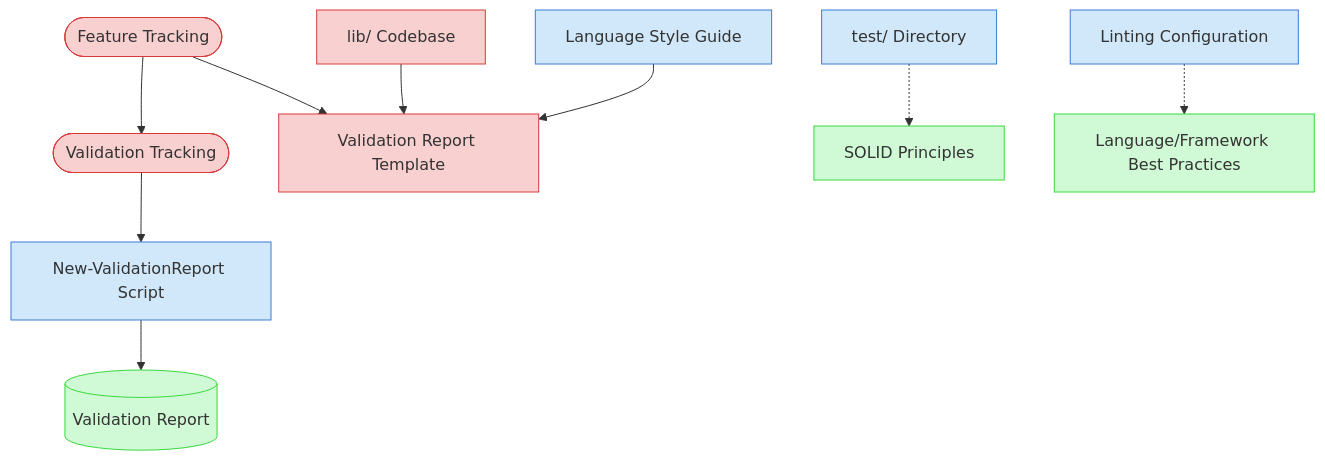
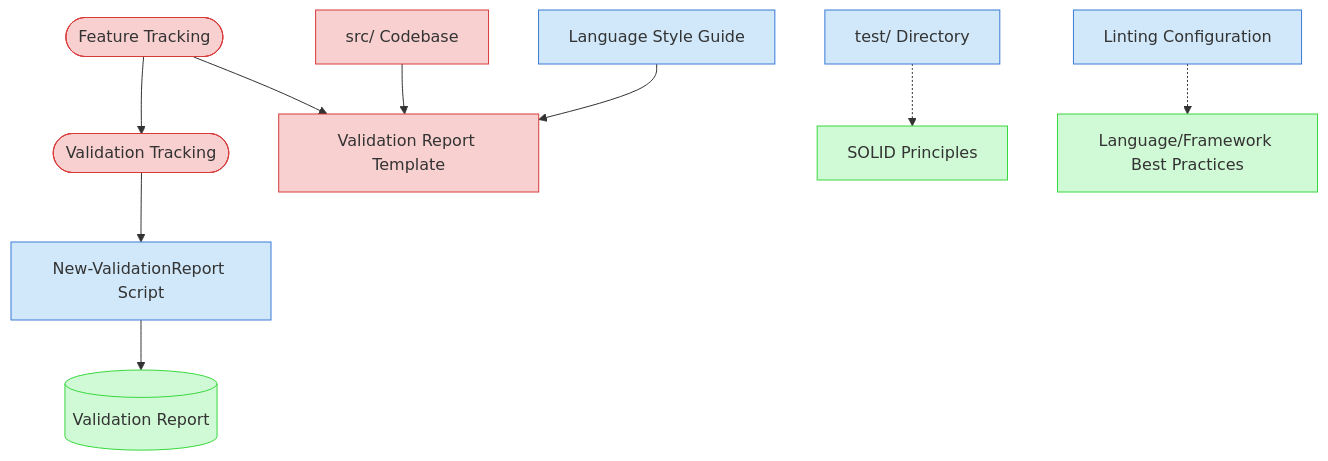
One commit to Abtomation/LinkWatcher changed the diagram in process-framework/visualization/context-maps/05-validation/code-quality-standards-validation-map.md. Above: the diagram before and after it, drawn with Mermaid. The commit also changed other lines of this file and 457 other files, not shown here.

````diff
--- a/process-framework/visualization/context-maps/05-validation/code-quality-standards-validation-map.md
+++ b/process-framework/visualization/context-maps/05-validation/code-quality-standards-validation-map.md
@@ -19,19 +17,19 @@
 ```mermaid
 graph TD
     classDef critical fill:#f9d0d0,stroke:#d83a3a
     classDef important fill:#d0e8f9,stroke:#3a7bd8
     classDef reference fill:#d0f9d5,stroke:#3ad83f
 
     FT([Feature Tracking]) --> VT([Validation Tracking])
     FT --> VRT[Validation Report Template]
-    LIB[lib/ Codebase] --> VRT
+    LIB[src/ Codebase] --> VRT
     DSG[Language Style Guide] --> VRT
     VT --> VRS[New-ValidationReport Script]
     TEST[test/ Directory] -.-> SOLID[SOLID Principles]
     AO[Linting Configuration] -.-> FB[Language/Framework Best Practices]
     VRS --> VR[(Validation Report)]
 
     class FT,VT,VRT,LIB critical
     class DSG,TEST,VRS,AO important
     class SOLID,FB,VR reference
 ```
````
